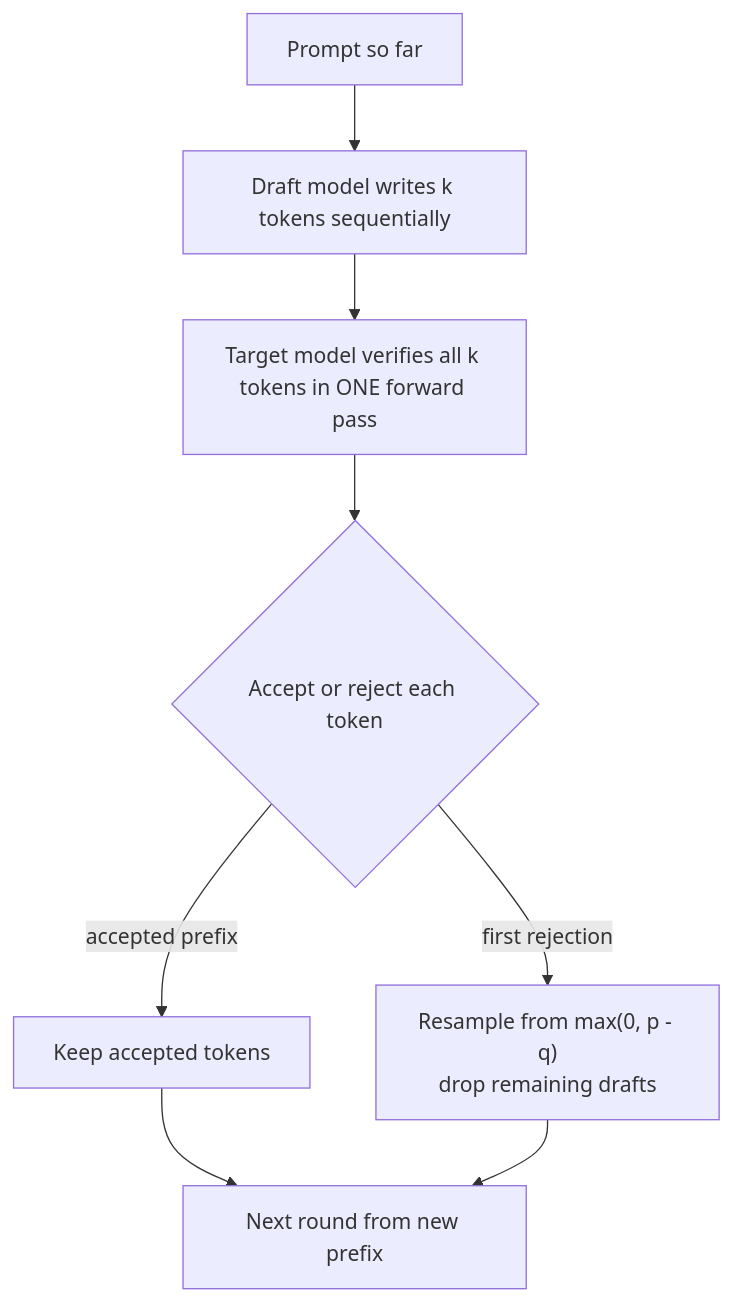
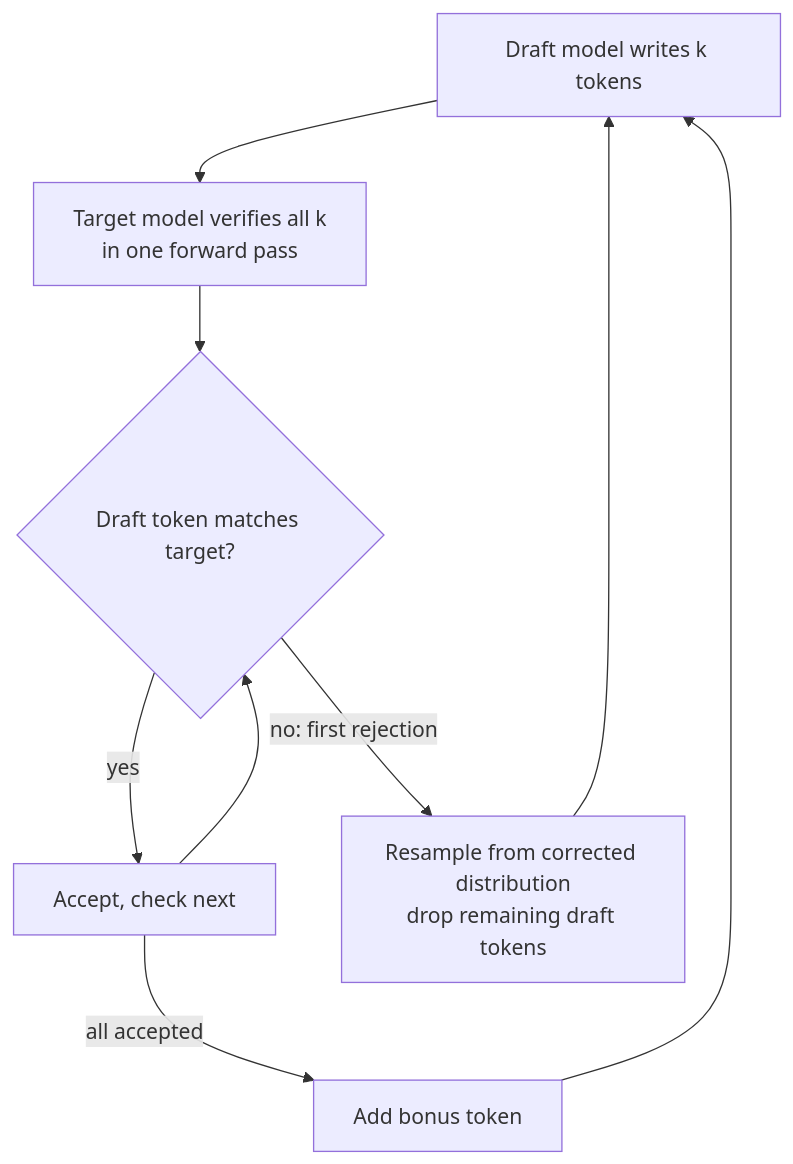
The diagram in notes/step-12-llm-inference-engineering/154-speculative-decoding.md (kaisarnajar/outcome-school-blogs), drawn with Mermaid before and after one commit. The commit also changed other lines of this file and 233 other files, not shown here.

````diff
--- a/notes/step-12-llm-inference-engineering/154-speculative-decoding.md
+++ b/notes/step-12-llm-inference-engineering/154-speculative-decoding.md
@@ -45,10 +31,11 @@
 ```mermaid
 flowchart TD
-    P["Prompt so far"] --> D["Draft model writes k tokens sequentially"]
-    D --> T["Target model verifies all k tokens in ONE forward pass"]
-    T --> A{"Accept or reject each token"}
-    A -->|"accepted prefix"| K["Keep accepted tokens"]
-    A -->|"first rejection"| F["Resample from max(0, p - q)<br/>drop remaining drafts"]
-    K --> N["Next round from new prefix"]
-    F --> N
+    D1["Draft model writes k tokens"] --> V1["Target model verifies all k<br/>in one forward pass"]
+    V1 --> A1{"Draft token matches target?"}
+    A1 -->|"yes"| N1["Accept, check next"]
+    N1 --> A1
+    A1 -->|"no: first rejection"| F1["Resample from corrected distribution<br/>drop remaining draft tokens"]
+    F1 --> D1
+    N1 -->|"all accepted"| B1["Add bonus token"]
+    B1 --> D1
 ```
````
